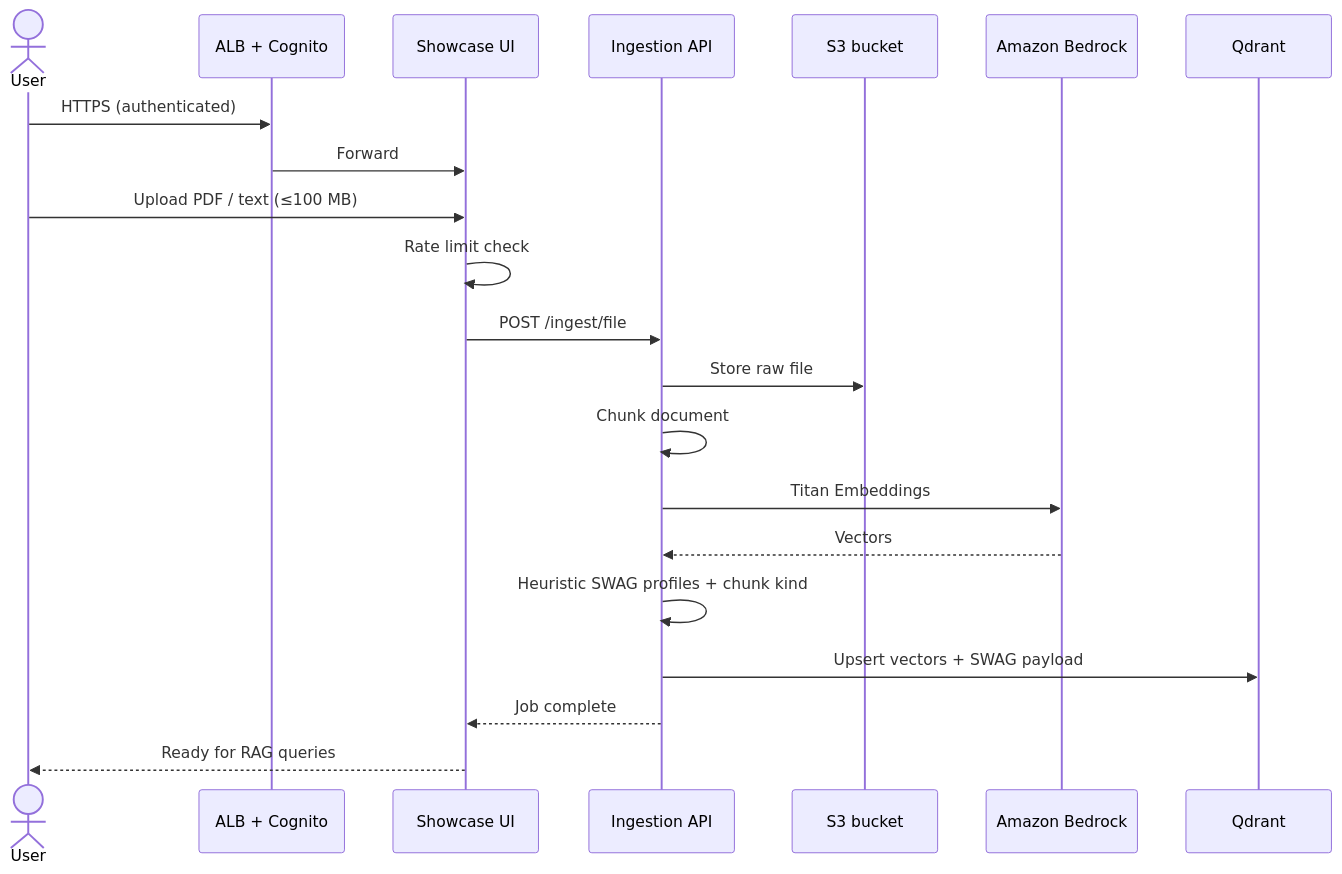
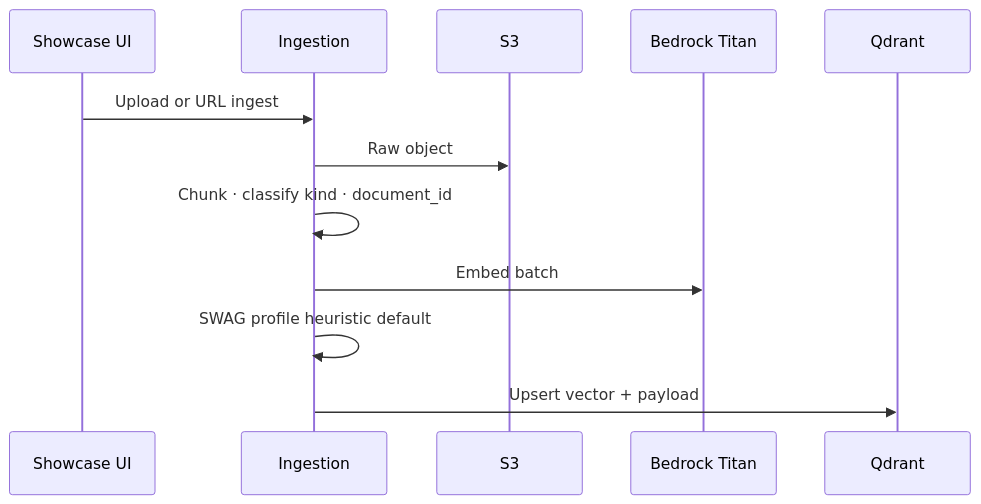
Before and after one commit to emguru/langrag: the fifth of 6 diagrams in docs/ARCHITECTURE_DIAGRAM.md, drawn with Mermaid. The commit also changed other lines of this file and 22 other files, not shown here.

First line of the commit message:
Add RAG quality features and refresh architecture docs.

````diff
--- a/docs/ARCHITECTURE_DIAGRAM.md
+++ b/docs/ARCHITECTURE_DIAGRAM.md
@@ -180,24 +180,15 @@
 ```mermaid
 sequenceDiagram
-  actor User
-  participant ALB as ALB + Cognito
   participant UI as Showcase UI
-  participant Ing as Ingestion API
-  participant S3 as S3 bucket
-  participant BR as Amazon Bedrock
+  participant Ing as Ingestion
+  participant S3 as S3
+  participant BR as Bedrock Titan
   participant Q as Qdrant
 
-  User->>ALB: HTTPS (authenticated)
-  ALB->>UI: Forward
-  User->>UI: Upload PDF / text (≤100 MB)
-  UI->>UI: Rate limit check
-  UI->>Ing: POST /ingest/file
-  Ing->>S3: Store raw file
-  Ing->>Ing: Chunk document
-  Ing->>BR: Titan Embeddings
-  BR-->>Ing: Vectors
-  Ing->>Ing: Heuristic SWAG profiles + chunk kind
-  Ing->>Q: Upsert vectors + SWAG payload
-  Ing-->>UI: Job complete
-  UI-->>User: Ready for RAG queries
+  UI->>Ing: Upload or URL ingest
+  Ing->>S3: Raw object
+  Ing->>Ing: Chunk · classify kind · document_id
+  Ing->>BR: Embed batch
+  Ing->>Ing: SWAG profile heuristic default
+  Ing->>Q: Upsert vector + payload
 ```
````
